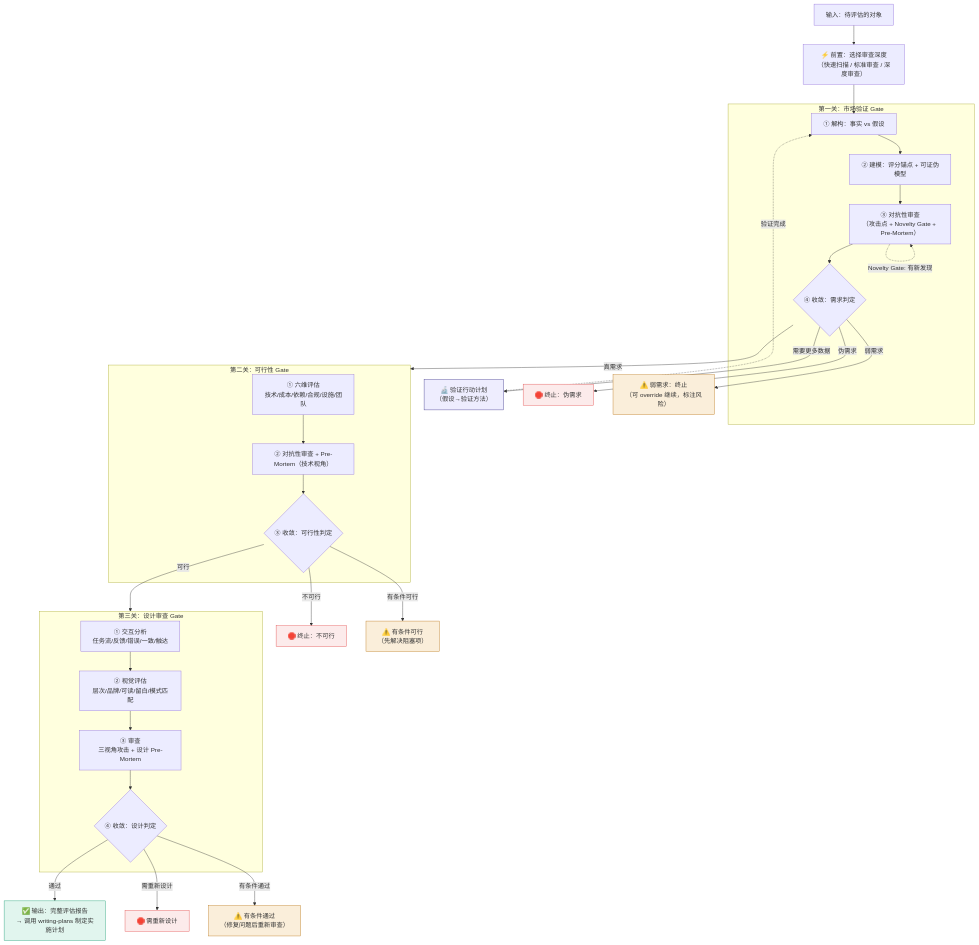
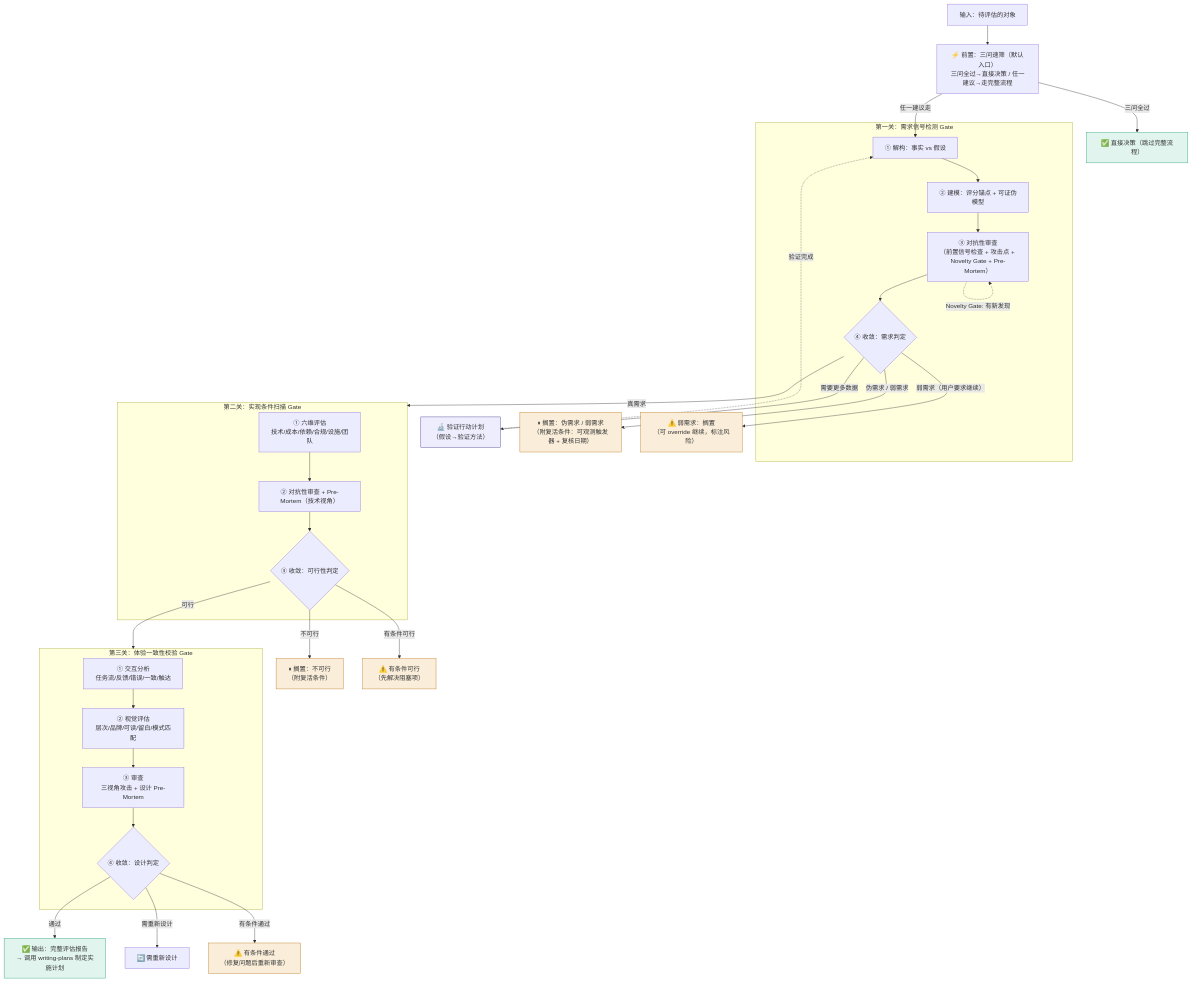
One commit to shahuichao24-ops/Dialectic changed the diagram in SKILL.md. Above: the diagram before and after it, drawn with Mermaid. The commit also changed other lines of this file and 1 other file, not shown here.

````diff
--- a/SKILL.md
+++ b/SKILL.md
@@ -695,69 +714,70 @@
 ```mermaid
 flowchart TD
     START["输入：待评估的对象"]
-    
-    PRE["⚡ 前置：选择审查深度<br/>（快速扫描 / 标准审查 / 深度审查）"]
-    
+
+    PRE["⚡ 前置：三问速筛（默认入口）<br/>三问全过→直接决策 / 任一建议→走完整流程"]
+
     START --> PRE
-    
-    subgraph G1["第一关：市场验证 Gate"]
+
+    subgraph G1["第一关：需求信号检测 Gate"]
         M1["① 解构：事实 vs 假设"]
         M2["② 建模：评分锚点 + 可证伪模型"]
-        M3["③ 对抗性审查<br/>（攻击点 + Novelty Gate + Pre-Mortem）"]
+        M3["③ 对抗性审查<br/>（前置信号检查 + 攻击点 + Novelty Gate + Pre-Mortem）"]
         M4{"④ 收敛：需求判定"}
         M1 --> M2 --> M3 --> M4
         M3 -.->|"Novelty Gate: 有新发现"| M3
     end
-    
-    PRE --> M1
-    
+
+    PRE -->|"三问全过"| DECIDE["✅ 直接决策（跳过完整流程）"]
+    PRE -->|"任一建议走"| M1
+
     VFY["🔬 验证行动计划<br/>（假设→验证方法）"]
-    END1["🛑 终止：伪需求"]
-    OVERRIDE1["⚠️ 弱需求：终止<br/>（可 override 继续，标注风险）"]
-    
+    HOLD1["⏸ 搁置：伪需求 / 弱需求<br/>（附复活条件：可观测触发器 + 复核日期）"]
+    OVERRIDE1["⚠️ 弱需求：搁置<br/>（可 override 继续，标注风险）"]
+
     M4 -->|"真需求"| G2
     M4 -->|"需要更多数据"| VFY
-    M4 -->|"伪需求"| END1
-    M4 -->|"弱需求"| OVERRIDE1
+    M4 -->|"伪需求 / 弱需求"| HOLD1
+    M4 -->|"弱需求（用户要求继续）"| OVERRIDE1
     VFY -.->|"验证完成"| M1
-    
-    subgraph G2["第二关：可行性 Gate"]
+
+    subgraph G2["第二关：实现条件扫描 Gate"]
         F1["① 六维评估<br/>技术/成本/依赖/合规/设施/团队"]
         F2["② 对抗性审查 + Pre-Mortem（技术视角）"]
         F3{"③ 收敛：可行性判定"}
         F1 --> F2 --> F3
     end
-    
-    END2["🛑 终止：不可行"]
+
+    HOLD2["⏸ 搁置：不可行<br/>（附复活条件）"]
     OVERRIDE2["⚠️ 有条件可行<br/>（先解决阻塞项）"]
-    
+
     F3 -->|"可行"| G3
-    F3 -->|"不可行"| END2
+    F3 -->|"不可行"| HOLD2
     F3 -->|"有条件可行"| OVERRIDE2
-    
-    subgraph G3["第三关：设计审查 Gate"]
+
+    subgraph G3["第三关：体验一致性校验 Gate"]
         D1["① 交互分析<br/>任务流/反馈/错误/一致/触达"]
         D2["② 视觉评估<br/>层次/品牌/可读/留白/模式匹配"]
         D3["③ 审查<br/>三视角攻击 + 设计 Pre-Mortem"]
         D4{"④ 收敛：设计判定"}
         D1 --> D2 --> D3 --> D4
     end
-    
-    END3["🛑 需重新设计"]
+
+    END3["🔄 需重新设计"]
     OVERRIDE3["⚠️ 有条件通过<br/>（修复问题后重新审查）"]
-    
+
     D4 -->|"通过"| OUT
     D4 -->|"需重新设计"| END3
     D4 -->|"有条件通过"| OVERRIDE3
-    
+
     OUT["✅ 输出：完整评估报告<br/>→ 调用 writing-plans 制定实施计划"]
-    
-    style END1 fill:#fcebeb,stroke:#e24b4a
-    style END2 fill:#fcebeb,stroke:#e24b4a
-    style END3 fill:#fcebeb,stroke:#e24b4a
+
+    style HOLD1 fill:#faeeda,stroke:#ba7517
+    style HOLD2 fill:#faeeda,stroke:#ba7517
     style OVERRIDE1 fill:#faeeda,stroke:#ba7517
     style OVERRIDE2 fill:#faeeda,stroke:#ba7517
     style OVERRIDE3 fill:#faeeda,stroke:#ba7517
     style OUT fill:#e1f5ee,stroke:#1d9e75
     style VFY fill:#eeedfe,stroke:#3c3489
+    style DECIDE fill:#e1f5ee,stroke:#1d9e75
 ```
````
